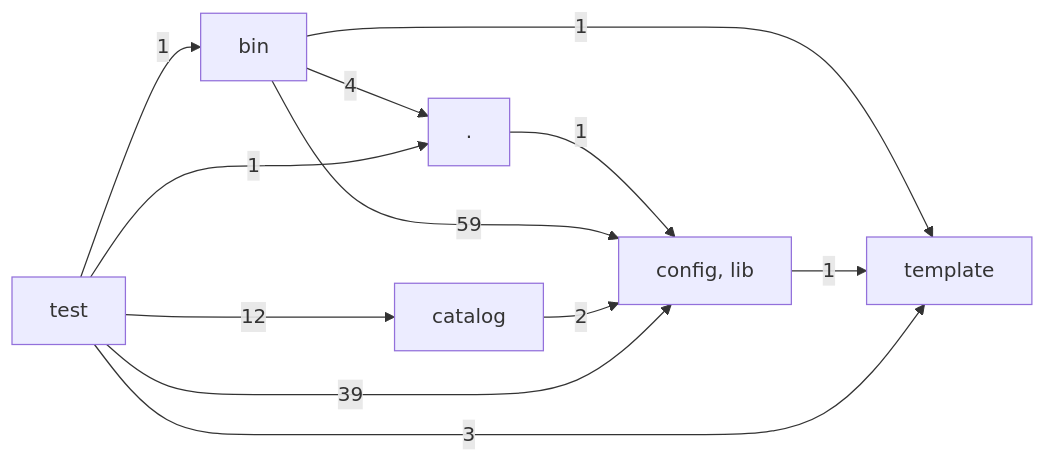
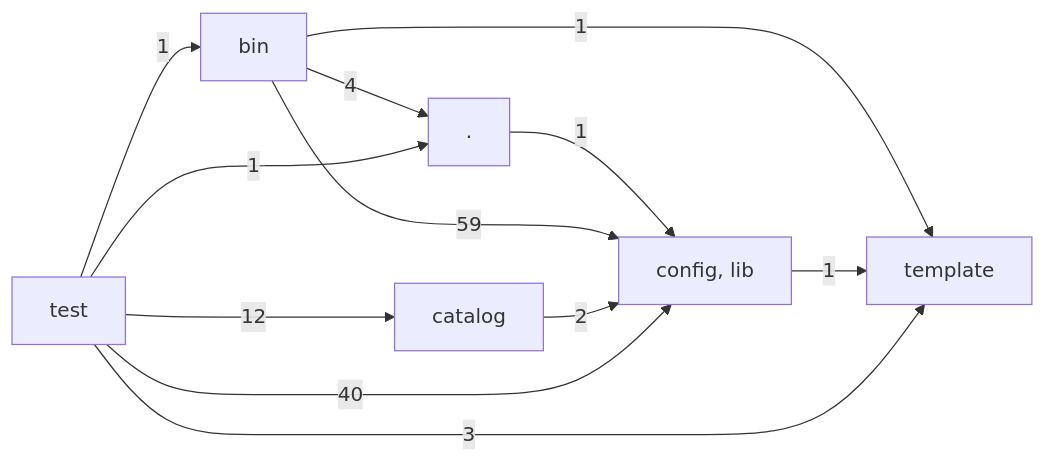
Before and after one commit to hackersandwizards/scaffolding: the diagram in docs/architecture/layers.md, drawn with Mermaid. The commit also changed other lines of this file and 9 other files, not shown here.

````diff
--- a/docs/architecture/layers.md
+++ b/docs/architecture/layers.md
@@ -3,20 +3,20 @@
 ```mermaid
 graph LR
   L0["."]
   L1["bin"]
   L2["catalog"]
   L3["config, lib"]
   L4["template"]
   L5["test"]
   L0 -->|1| L3
   L1 -->|4| L0
   L1 -->|59| L3
   L1 -->|1| L4
   L2 -->|2| L3
   L3 -->|1| L4
   L5 -->|1| L0
   L5 -->|1| L1
   L5 -->|12| L2
-  L5 -->|39| L3
+  L5 -->|40| L3
   L5 -->|3| L4
 ```
````
